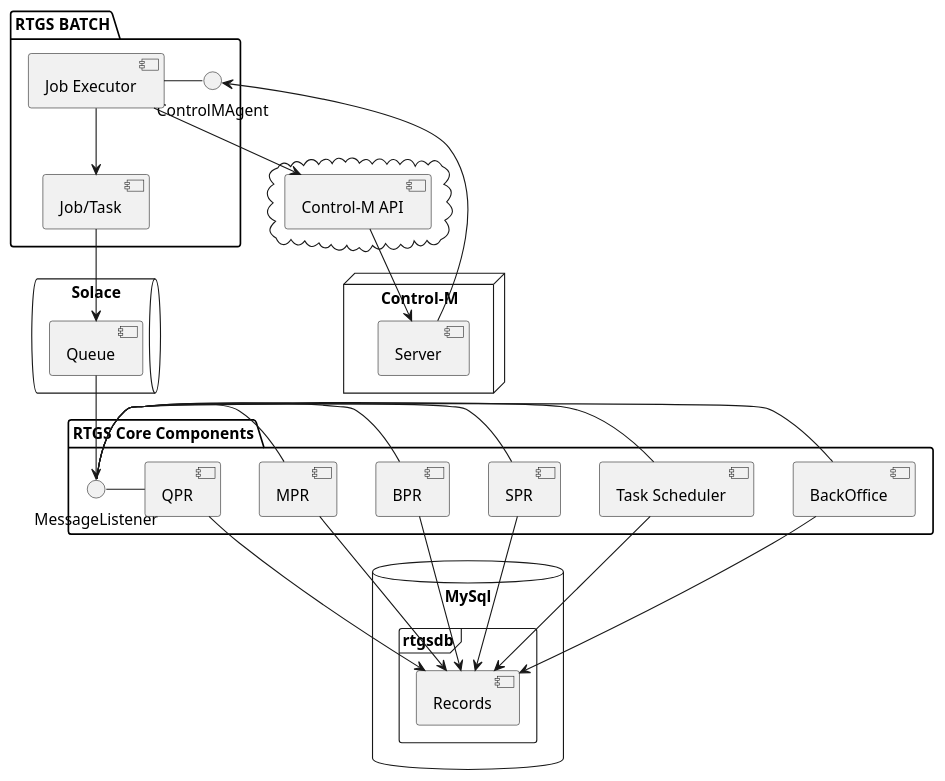
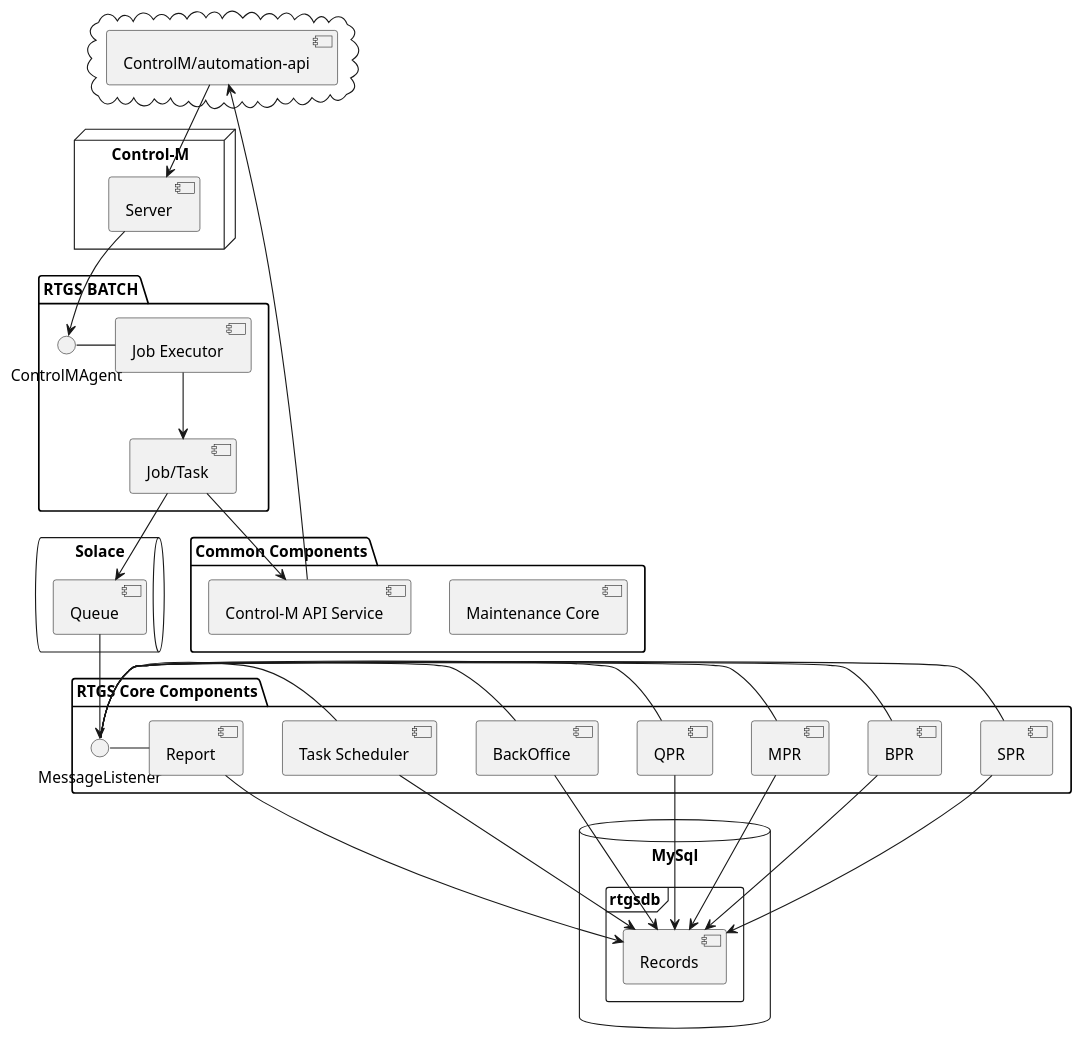
One commit to aristotlemiranda/controlm changed the diagram in controlm-batch.puml. Above: the diagram before and after it, drawn with PlantUML.

```diff
--- a/controlm-batch.puml
+++ b/controlm-batch.puml
@@ -1,57 +1,66 @@
 @startuml
 'https://plantuml.com/sequence-diagram
 
 
 package "RTGS BATCH" {
   ControlMAgent - [Job Executor]
   [Job/Task]
 }
 
+package "Common Components" {
+    [Maintenance Core]
+    [Control-M API Service]    
+}
 
 package "RTGS Core Components" {
   MessageListener - [SPR]
 
   MessageListener - [BPR]
 
   MessageListener - [MPR]
 
   MessageListener - [QPR]
 
   MessageListener - [BackOffice]
 
   MessageListener - [Task Scheduler]
+  
+  MessageListener - [Report]
+  
 }
 
 cloud {
-  [Control-M API]
+  [ControlM/automation-api]
 }
 
 queue Solace {
    [Queue]
 }
 
 node "Control-M" {
     [Server]
 }
 
 
 database "MySql" {
   frame "rtgsdb" {
       [Records]
   }
 }
 
 [Server] --> ControlMAgent
 [Job Executor] --> [Job/Task]
 [Job/Task] --> [Queue]
+[Job/Task] --> [Control-M API Service]
+[Control-M API Service] --> [ControlM/automation-api]
 [Queue] --> MessageListener
-[Job Executor] --> [Control-M API]
-[Control-M API] --> [Server]
+[ControlM/automation-api] --> [Server]
 [BPR] --> [Records]
 [QPR] --> [Records]
 [SPR] --> [Records]
 [MPR] --> [Records]
 [BackOffice] --> [Records]
 [Task Scheduler] --> [Records]
+[Report] --> [Records]
 
 @enduml
```
